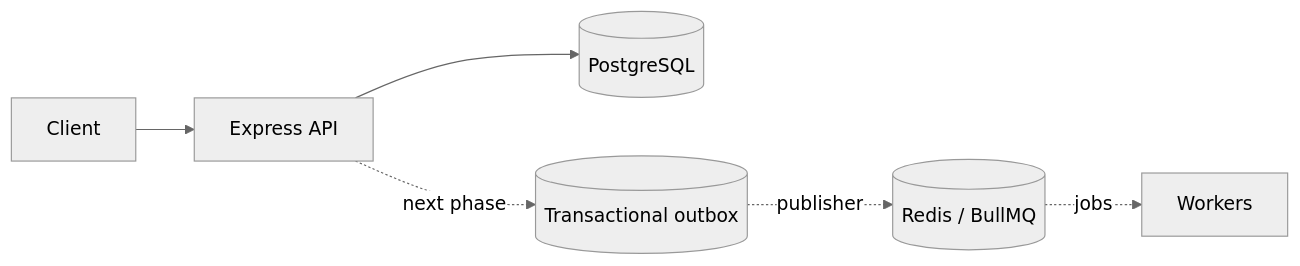
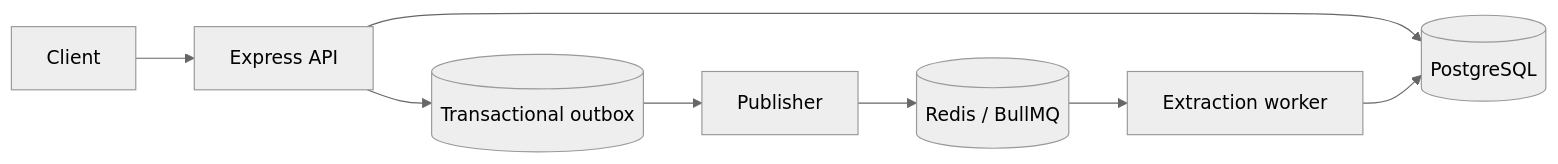
Before and after one commit to sachanritik1/sourcebook: the diagram in README.md, drawn with Mermaid (neutral theme). The commit also changed other lines of this file and 20 other files, not shown here.

````diff
--- a/README.md
+++ b/README.md
@@ -37,8 +45,10 @@
 ```mermaid
 flowchart LR
   Client --> API[Express API]
   API --> PG[(PostgreSQL)]
-  API -. next phase .-> Outbox[(Transactional outbox)]
-  Outbox -. publisher .-> Redis[(Redis / BullMQ)]
-  Redis -. jobs .-> Worker[Workers]
+  API --> Outbox[(Transactional outbox)]
+  Outbox --> Publisher
+  Publisher --> Redis[(Redis / BullMQ)]
+  Redis --> Worker[Extraction worker]
+  Worker --> PG
 ```
````
